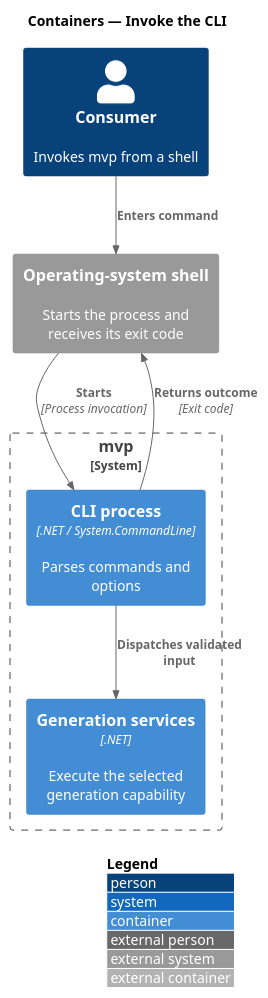
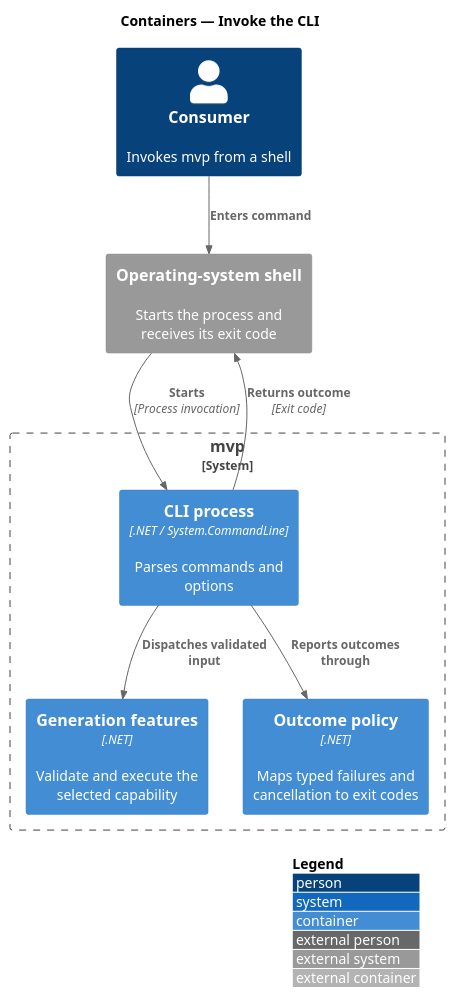
Before and after one commit to QuinntyneBrown/mvp: the diagram in docs/detailed-designs/command-line/invoke-the-cli/diagrams/c4-container.puml, drawn with PlantUML. The commit also changed 63 other files, not shown here.

First line of the commit message:
docs: update requirements, designs, README, and skill for the new architecture

```diff
--- a/docs/detailed-designs/command-line/invoke-the-cli/diagrams/c4-container.puml
+++ b/docs/detailed-designs/command-line/invoke-the-cli/diagrams/c4-container.puml
@@ -1,17 +1,19 @@
 @startuml
 !include <C4/C4_Container>
 LAYOUT_WITH_LEGEND()
 title Containers — Invoke the CLI
 
 Person(consumer, "Consumer", "Invokes mvp from a shell")
 System_Boundary(mvp, "mvp") {
   Container(cli, "CLI process", ".NET / System.CommandLine", "Parses commands and options")
-  Container(services, "Generation services", ".NET", "Execute the selected generation capability")
+  Container(services, "Generation features", ".NET", "Validate and execute the selected capability")
+  Container(policy, "Outcome policy", ".NET", "Maps typed failures and cancellation to exit codes")
 }
 System_Ext(shell, "Operating-system shell", "Starts the process and receives its exit code")
 
 Rel(consumer, shell, "Enters command")
 Rel(shell, cli, "Starts", "Process invocation")
 Rel(cli, services, "Dispatches validated input")
+Rel(cli, policy, "Reports outcomes through")
 Rel(cli, shell, "Returns outcome", "Exit code")
 @enduml
```
